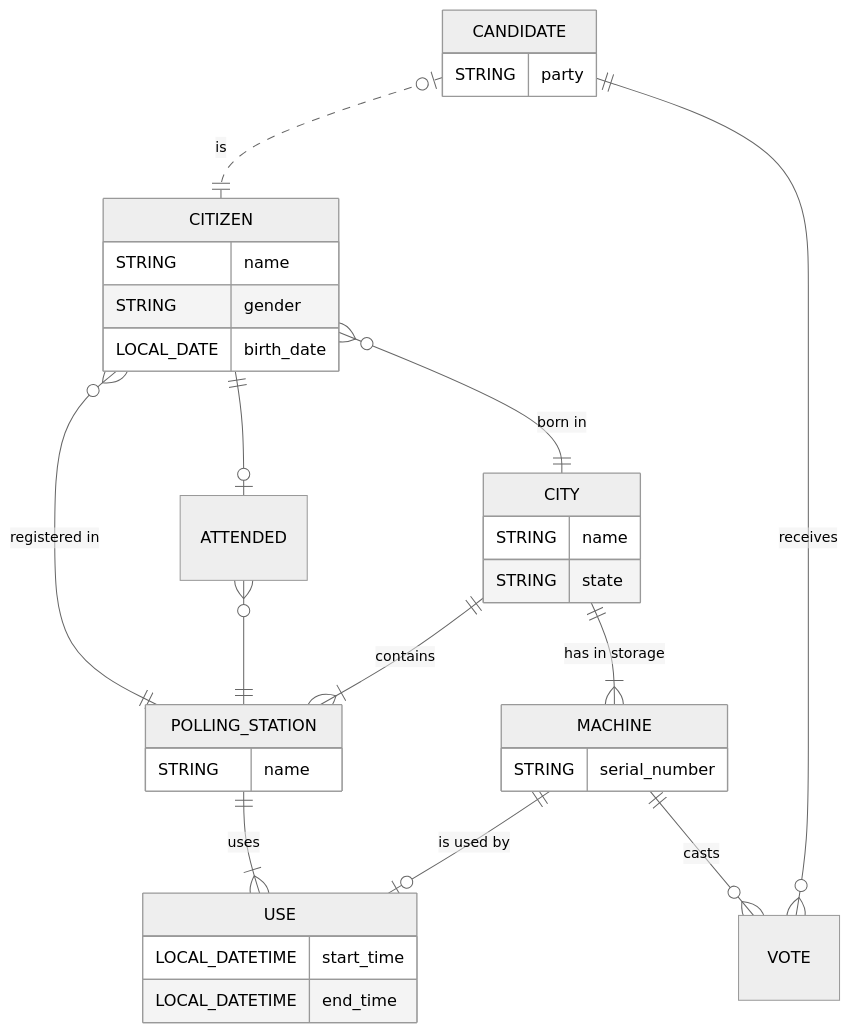
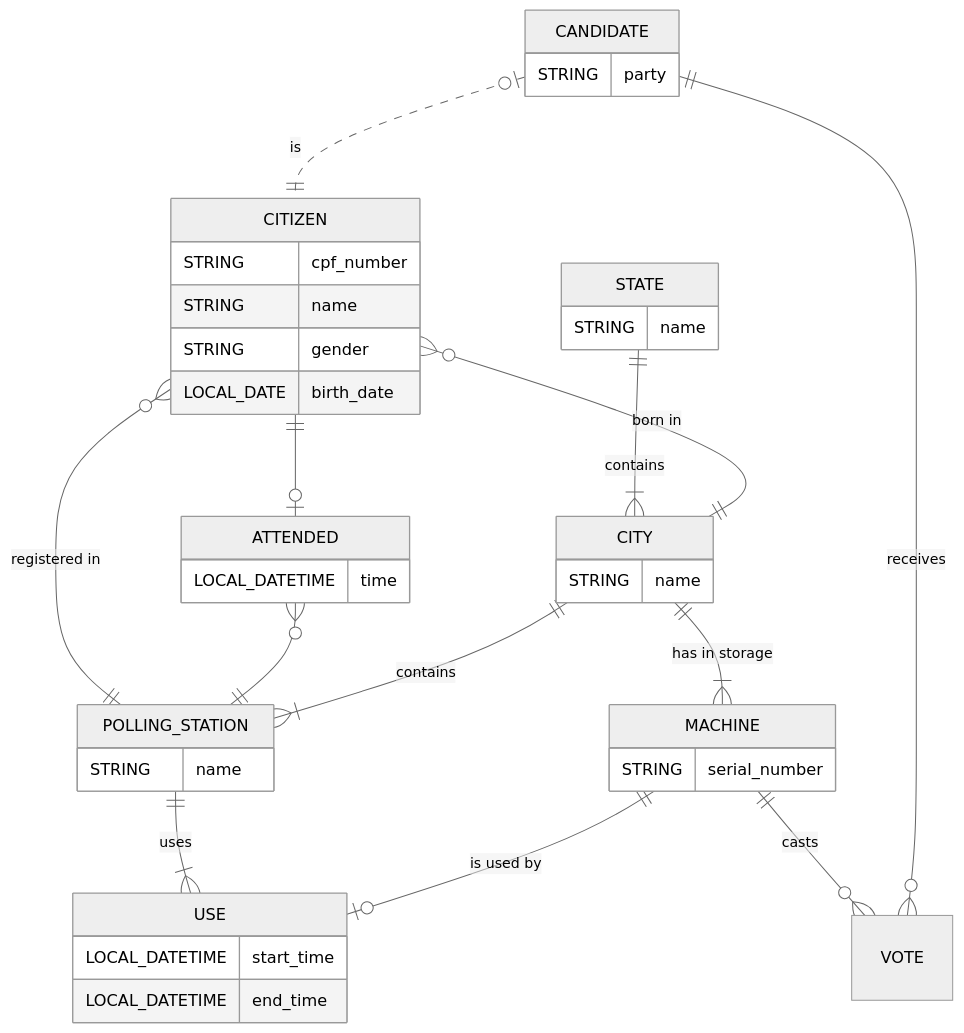
One commit to gabdumal/dcc077 changed the diagram in README.md. Above: the diagram before and after it, drawn with Mermaid (neutral theme). The commit also changed 1 other file, not shown here.

Commit message:
Create constraints

````diff
--- a/README.md
+++ b/README.md
@@ -9,51 +9,57 @@
 ```mermaid
 
 erDiagram
 
+  STATE {
+    STRING name
+  }
+  STATE ||--|{ CITY : "contains"
+
   CITY {
     STRING name
-    STRING state
   }
   CITY ||--|{ MACHINE : "has in storage"
 
   CITIZEN {
+    STRING cpf_number
     STRING name
     %% May be "MASCULINE", "FEMININE", or "NEUTRAL"
     STRING gender
     LOCAL_DATE birth_date
   }
   CITIZEN }o--|| CITY : "born in"
   CITIZEN }o--|| POLLING_STATION : "registered in"
   CITIZEN ||--o| ATTENDED : ""
 
   ATTENDED {
+    LOCAL_DATETIME time
   }
   ATTENDED }o--|| POLLING_STATION : ""
 
   POLLING_STATION {
     STRING name
   }
   CITY ||--|{ POLLING_STATION : "contains"
 
   MACHINE {
     STRING serial_number
   }
 
   USE {
     LOCAL_DATETIME start_time
     LOCAL_DATETIME end_time
   }
   POLLING_STATION ||--|{ USE : "uses"
   MACHINE ||--o| USE : "is used by"
 
   CANDIDATE {
     STRING party
   }
   CANDIDATE |o..|| CITIZEN : "is"
 
   VOTE {
   }
   MACHINE ||--o{ VOTE : "casts"
   CANDIDATE ||--o{ VOTE : "receives"
 
 ```
````
